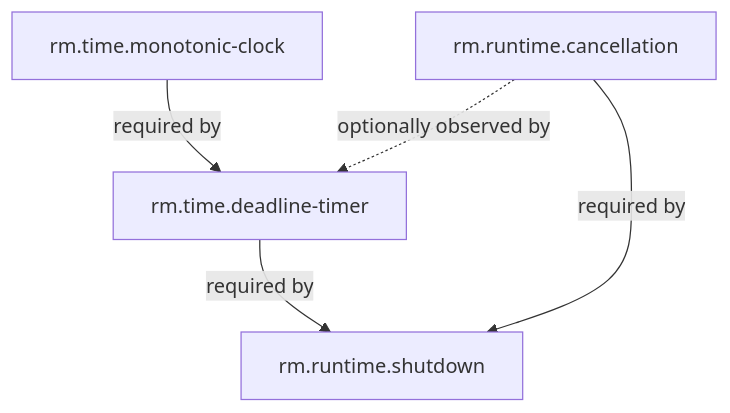
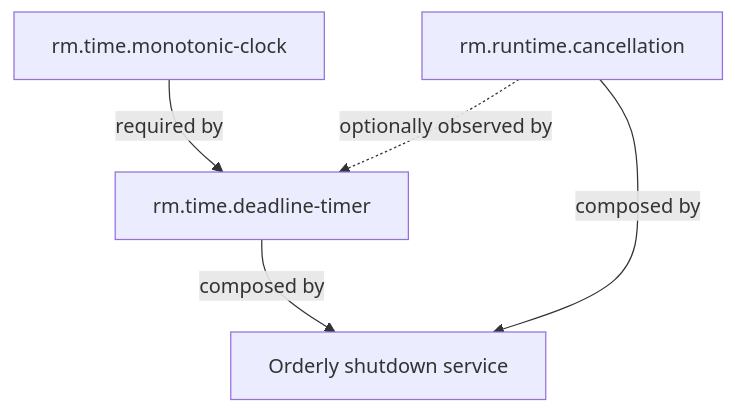
One commit to Rusty-Mill/rusty_foundation_akb changed the diagram in docs/02-capabilities/runtime-time/README.md. Above: the diagram before and after it, drawn with Mermaid. The commit also changed other lines of this file and 8 other files, not shown here.

Commit message:
docs: define runtime verification and shutdown service

````diff
--- a/docs/02-capabilities/runtime-time/README.md
+++ b/docs/02-capabilities/runtime-time/README.md
@@ -12,7 +12,7 @@
 ```mermaid
 flowchart TD
     Clock["rm.time.monotonic-clock"] -->|"required by"| Timer["rm.time.deadline-timer"]
     Cancel["rm.runtime.cancellation"] -. "optionally observed by" .-> Timer
-    Timer -->|"required by"| Shutdown["rm.runtime.shutdown"]
-    Cancel -->|"required by"| Shutdown
+    Timer -->|"composed by"| Shutdown["Orderly shutdown service"]
+    Cancel -->|"composed by"| Shutdown
 ```
````
